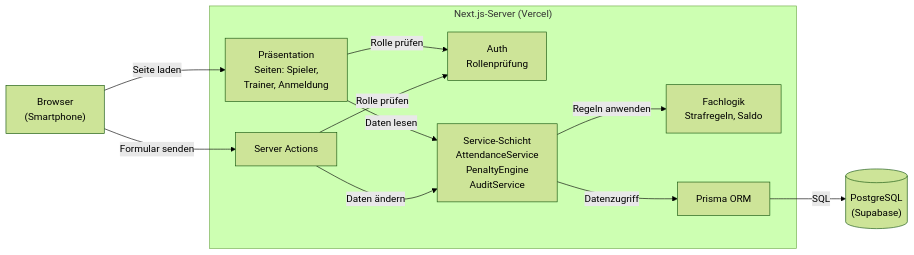
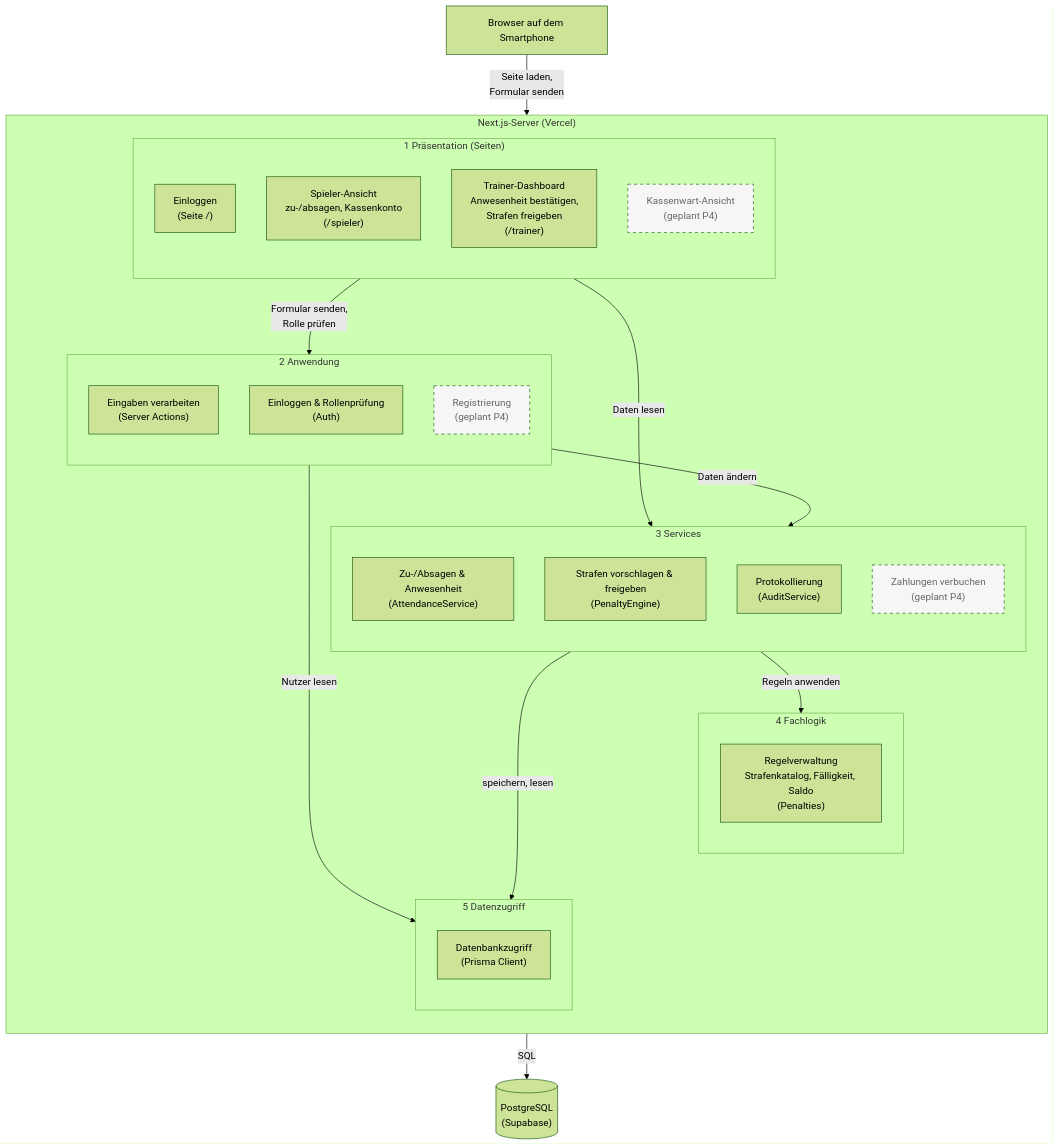
Before and after one commit to squadhq-team/squadhq-team: the first of 2 diagrams in docs/architektur/komponenten.md, drawn with Mermaid (forest theme). The commit also changed other lines of this file and 14 other files, not shown here.

First line of the commit message:
Diagramme nach P3-Feedback: konkrete Komponenten, Schichten und Diagramme stimmig

````diff
--- a/docs/architektur/komponenten.md
+++ b/docs/architektur/komponenten.md
@@ -9,25 +9,51 @@
 ```mermaid
-flowchart LR
-  B["Browser<br/>(Smartphone)"]
+flowchart TB
+  B["Browser auf dem Smartphone"]
 
   subgraph Server["Next.js-Server (Vercel)"]
-    P["Präsentation<br/>Seiten: Spieler,<br/>Trainer, Anmeldung"]
-    A["Server Actions"]
-    AUTH["Auth<br/>Rollenprüfung"]
-    S["Service-Schicht<br/>AttendanceService<br/>PenaltyEngine<br/>AuditService"]
-    DOM["Fachlogik<br/>Strafregeln, Saldo"]
-    ORM["Prisma ORM"]
+    direction TB
+    subgraph S1["1 Präsentation (Seiten)"]
+      direction TB
+      P_LOGIN["Einloggen<br/>(Seite /)"]
+      P_SP["Spieler-Ansicht<br/>zu-/absagen, Kassenkonto<br/>(/spieler)"]
+      P_TR["Trainer-Dashboard<br/>Anwesenheit bestätigen,<br/>Strafen freigeben<br/>(/trainer)"]
+      P_KW["Kassenwart-Ansicht<br/>(geplant P4)"]
+    end
+    subgraph S2["2 Anwendung"]
+      direction TB
+      ACT["Eingaben verarbeiten<br/>(Server Actions)"]
+      AUTH["Einloggen & Rollenprüfung<br/>(Auth)"]
+      REG["Registrierung<br/>(geplant P4)"]
+    end
+    subgraph S3["3 Services"]
+      direction TB
+      ATT["Zu-/Absagen & Anwesenheit<br/>(AttendanceService)"]
+      PEN["Strafen vorschlagen & freigeben<br/>(PenaltyEngine)"]
+      AUD["Protokollierung<br/>(AuditService)"]
+      PAY["Zahlungen verbuchen<br/>(geplant P4)"]
+    end
+    subgraph S4["4 Fachlogik"]
+      direction TB
+      RULES["Regelverwaltung<br/>Strafenkatalog, Fälligkeit, Saldo<br/>(Penalties)"]
+    end
+    subgraph S5["5 Datenzugriff"]
+      direction TB
+      ORM["Datenbankzugriff<br/>(Prisma Client)"]
+    end
   end
 
   DB[("PostgreSQL<br/>(Supabase)")]
 
-  B -- "Seite laden" --> P
-  B -- "Formular senden" --> A
-  P -- "Rolle prüfen" --> AUTH
-  A -- "Rolle prüfen" --> AUTH
-  P -- "Daten lesen" --> S
-  A -- "Daten ändern" --> S
-  S -- "Regeln anwenden" --> DOM
-  S -- "Datenzugriff" --> ORM
-  ORM -- "SQL" --> DB
+  B -- "Seite laden,<br/>Formular senden" --> S1
+  S1 -- "Formular senden,<br/>Rolle prüfen" --> S2
+  S1 -- "Daten lesen" --> S3
+  S2 -- "Daten ändern" --> S3
+  S2 -- "Nutzer lesen" --> S5
+  S3 -- "Regeln anwenden" --> S4
+  S3 -- "speichern, lesen" --> S5
+  S5 -- "SQL" --> DB
+  S4 ~~~ S5
+
+  classDef geplant stroke-dasharray: 5 5,fill:#f6f6f6,color:#666
+  class P_KW,REG,PAY geplant
 ```
````
